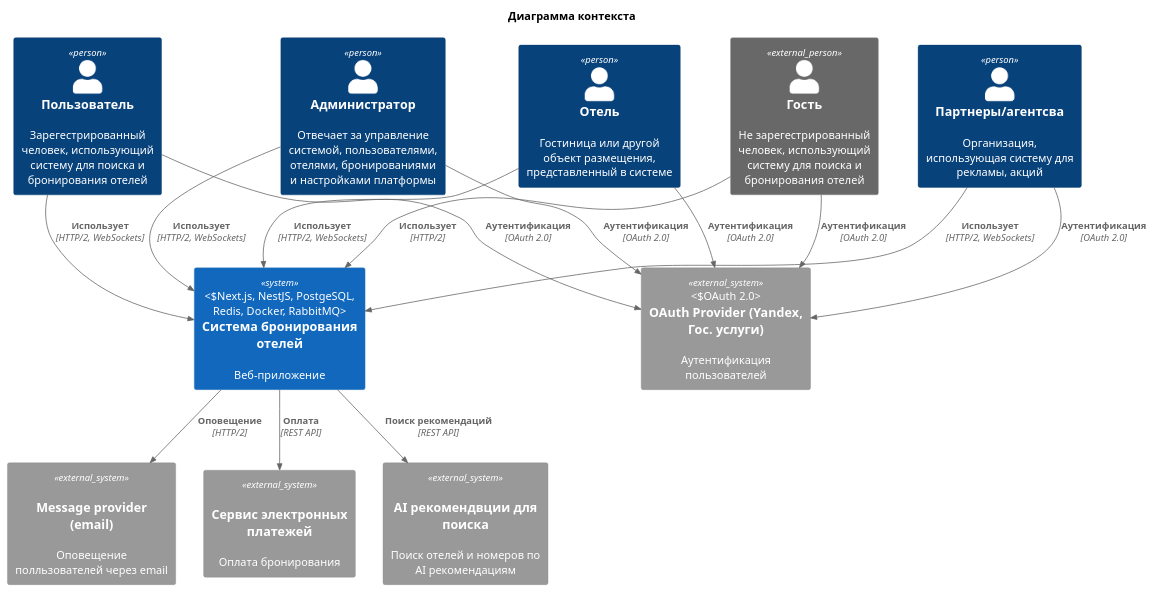
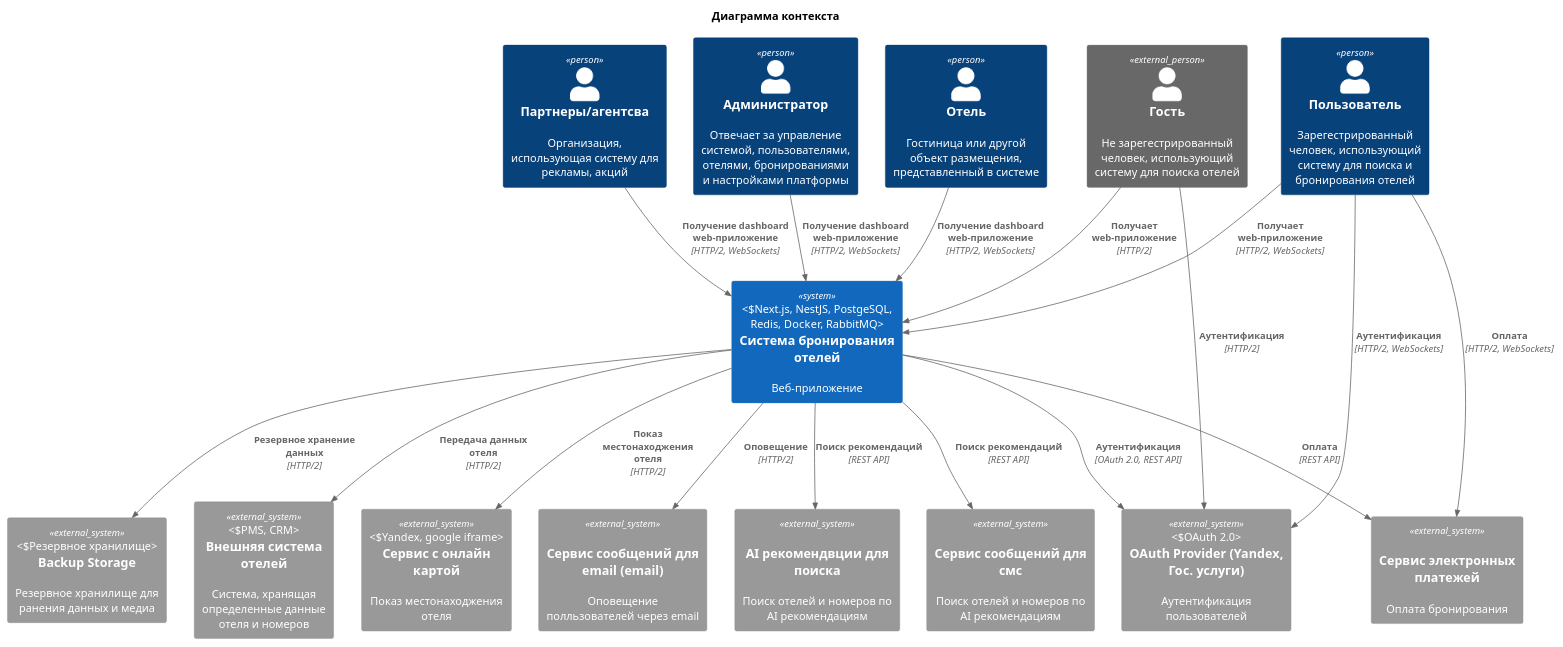
One commit to glorygangaga/TRPO changed the diagram in 2. Технический проект/context.puml. Above: the diagram before and after it, drawn with PlantUML. The commit also changed 11 other files, not shown here.

```diff
--- a/2. Технический проект/context.puml
+++ b/2. Технический проект/context.puml
@@ -1,37 +1,41 @@
 @startuml Диаграмма контекста
 !include <c4/C4_Context>
 
 title "Диаграмма контекста"
 
-
 Person(Admin, "Администратор", "Отвечает за управление системой, пользователями, отелями, бронированиями и настройками платформы")
 Person(User_Auth, "Пользователь", "Зарегестрированный человек, использующий систему для поиска и бронирования отелей")
-Person_Ext(Guest, "Гость", "Не зарегестрированный человек, использующий систему для поиска и бронирования отелей")
+Person_Ext(Guest, "Гость", "Не зарегестрированный человек, использующий систему для поиска отелей")
 Person(Hotel, "Отель", "Гостиница или другой объект размещения, представленный в системе")
 Person(Partners, "Партнеры/агентсва", "Организация, использующая систему для рекламы, акций")
 
 System(hotel_system, "Система бронирования отелей", "Веб-приложение", "Next.js, NestJS, PostgeSQL, Redis, Docker, RabbitMQ")
 
 System_Ext(auth_provider, "OAuth Provider (Yandex, Гос. услуги)", "Аутентификация пользователей", "OAuth 2.0")
-System_Ext(message_provider, "Message provider (email)", "Оповещение полльзователей через email", "Resend")
+System_Ext(message_provider, "Сервис сообщений для email (email)", "Оповещение полльзователей через email", "Resend")
 System_Ext(pay_provider, "Сервис электронных платежей", "Оплата бронирования", "ЮKassa")
 System_Ext(ai_recomendation_provider, "AI рекомендвции для поиска", "Поиск отелей и номеров по AI рекомендациям", "-")
+System_Ext(sms_serivce, "Сервис сообщений для смс", "Поиск отелей и номеров по AI рекомендациям", "-")
+System_Ext(backup_storage, "Backup Storage", "Резервное хранилище для ранения данных и медиа", "Резервное хранилище")
+System_Ext(hotel_provider, "Внешняя система отелей", "Система, хранящая определенные данные отеля и номеров", "PMS, CRM")
+System_Ext(location_provider, "Сервис с онлайн картой", "Показ местонаходжения отеля", "Yandex, google iframe")
 
-
-Rel(Admin, hotel_system, "Использует", "HTTP/2, WebSockets")
-Rel(User_Auth, hotel_system, "Использует", "HTTP/2, WebSockets")
-Rel(Guest, hotel_system, "Использует", "HTTP/2")
-Rel(Hotel, hotel_system, "Использует", "HTTP/2, WebSockets")
-Rel(Partners, hotel_system, "Использует", "HTTP/2, WebSockets")
-
-Rel(Admin, auth_provider, "Аутентификация", "OAuth 2.0")
-Rel(User_Auth, auth_provider, "Аутентификация", "OAuth 2.0")
-Rel(Guest, auth_provider, "Аутентификация", "OAuth 2.0")
-Rel(Hotel, auth_provider, "Аутентификация", "OAuth 2.0")
-Rel(Partners, auth_provider, "Аутентификация", "OAuth 2.0")
+Rel(Admin, hotel_system, "Получение dashboard web-приложение", "HTTP/2, WebSockets")
+Rel(User_Auth, hotel_system, "Получает web-приложение", "HTTP/2, WebSockets")
+Rel(Guest, hotel_system, "Получает web-приложение", "HTTP/2")
+Rel(Hotel, hotel_system, "Получение dashboard web-приложение", "HTTP/2, WebSockets")
+Rel(Partners, hotel_system, "Получение dashboard web-приложение", "HTTP/2, WebSockets")
+Rel(User_Auth, pay_provider, "Оплата", "HTTP/2, WebSockets")
+Rel(User_Auth, auth_provider, "Аутентификация", "HTTP/2, WebSockets")
+Rel(Guest, auth_provider, "Аутентификация", "HTTP/2")
 
 Rel(hotel_system, message_provider, "Оповещение", "HTTP/2")
 Rel(hotel_system, pay_provider, "Оплата", "REST API")
 Rel(hotel_system, ai_recomendation_provider, "Поиск рекомендаций", "REST API")
+Rel(hotel_system, sms_serivce, "Поиск рекомендаций", "REST API")
+Rel(hotel_system, auth_provider, "Аутентификация", "OAuth 2.0, REST API")
+Rel(hotel_system, backup_storage, "Резервное хранение данных", "HTTP/2")
+Rel(hotel_system, hotel_provider, "Передача данных отеля", "HTTP/2")
+Rel(hotel_system, location_provider, "Показ местонаходжения отеля", "HTTP/2")
 
 @enduml
```
